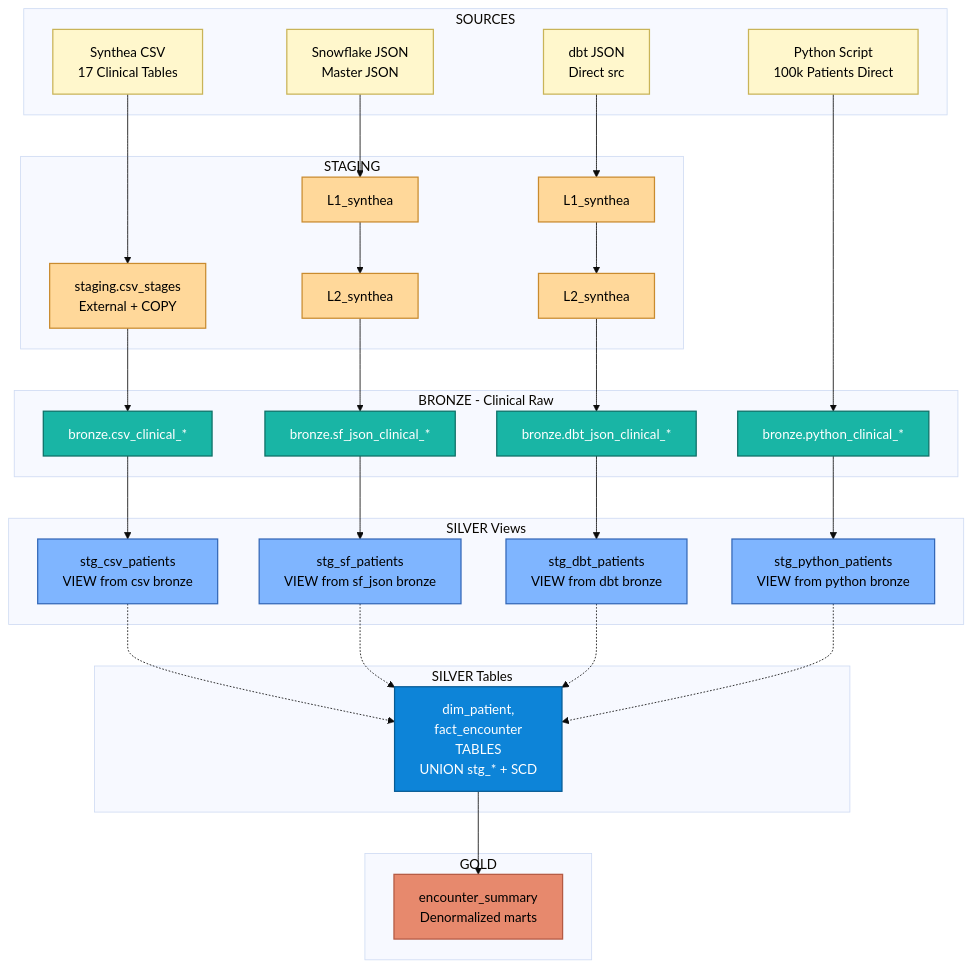
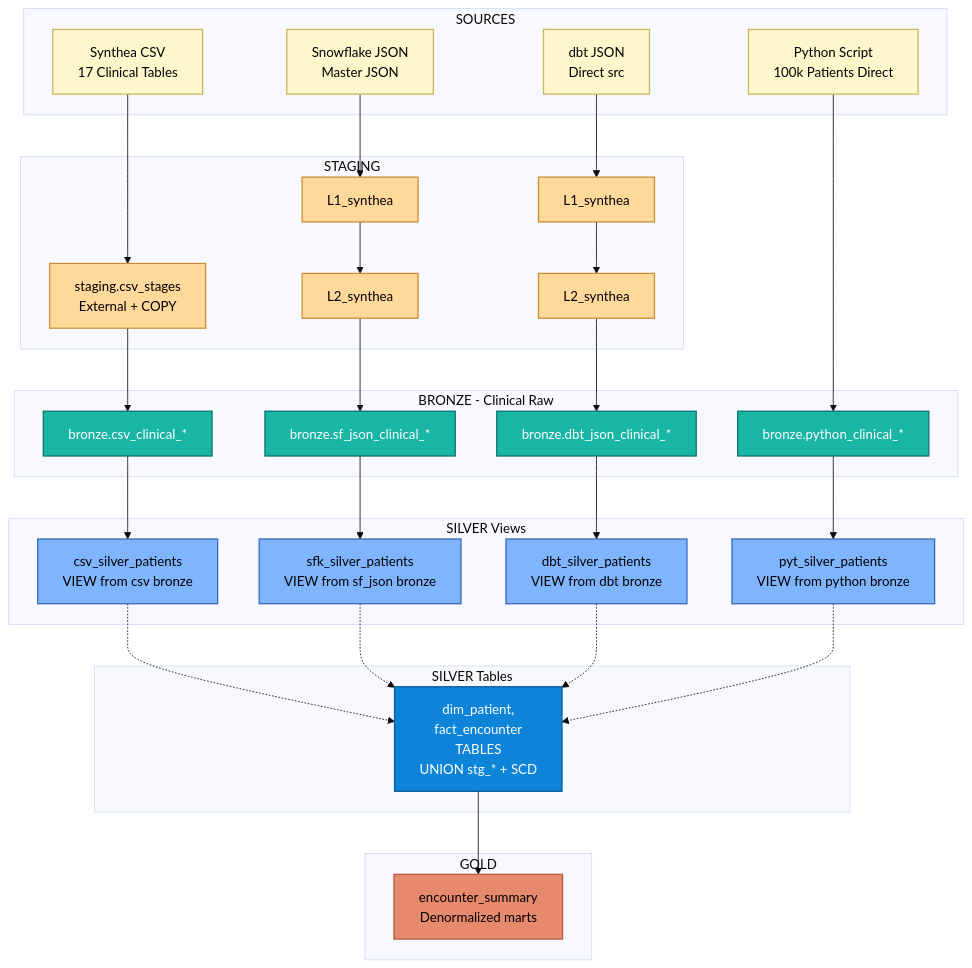
The diagram in README.md (IVRAMA/synthea-healthcare-data-engineering), drawn with Mermaid (base theme) before and after one commit.

Commit message:
Update SILVER Views in README.md

````diff
--- a/README.md
+++ b/README.md
@@ -50,68 +50,68 @@
 ``` mermaid
 flowchart TD
     subgraph SOURCES["SOURCES"]
         CSV_SRC["Synthea CSV<br/>17 Clinical Tables"]
         SFK_SRC["Snowflake JSON<br/>Master JSON"]
         DBT_SRC["dbt JSON<br/>Direct src"]
         PY_SRC["Python Script<br/>100k Patients Direct"]
     end
 
     subgraph STAGING["STAGING"]
         CSV_STAGE["staging.csv_stages<br/>External + COPY"]
         SFK_L1["L1_synthea"]
         SFK_L2["L2_synthea"]
         DBT_L1["L1_synthea"]
         DBT_L2["L2_synthea"]
     end
 
     subgraph BRONZE["BRONZE - Clinical Raw"]
         CSV_BRONZE["bronze.csv_clinical_*"]
         SFK_BRONZE["bronze.sf_json_clinical_*"]
         DBT_BRONZE["bronze.dbt_json_clinical_*"]
         PY_BRONZE["bronze.python_clinical_*"]
     end
 
     subgraph SILVER_VIEWS["SILVER Views"]
-        CSV_SILVER["stg_csv_patients<br/>VIEW from csv bronze"]
-        SFK_SILVER["stg_sf_patients<br/>VIEW from sf_json bronze"]
-        DBT_SILVER["stg_dbt_patients<br/>VIEW from dbt bronze"]
-        PY_SILVER["stg_python_patients<br/>VIEW from python bronze"]
+        CSV_SILVER["csv_silver_patients<br/>VIEW from csv bronze"]
+        SFK_SILVER["sfk_silver_patients<br/>VIEW from sf_json bronze"]
+        DBT_SILVER["dbt_silver_patients<br/>VIEW from dbt bronze"]
+        PY_SILVER["pyt_silver_patients<br/>VIEW from python bronze"]
     end
 
     subgraph SILVER_TABLES["SILVER Tables"]
         MODELS["dim_patient,<br/>fact_encounter<br/>TABLES<br/>UNION stg_* + SCD"]
     end
 
     subgraph GOLD["GOLD"]
         ENCOUNTER["encounter_summary<br/>Denormalized marts"]
     end
 
     CSV_SRC --> CSV_STAGE --> CSV_BRONZE --> CSV_SILVER
     SFK_SRC --> SFK_L1 --> SFK_L2 --> SFK_BRONZE --> SFK_SILVER
     DBT_SRC --> DBT_L1 --> DBT_L2 --> DBT_BRONZE --> DBT_SILVER
     PY_SRC --> PY_BRONZE --> PY_SILVER
 
     CSV_SILVER -.-> MODELS
     SFK_SILVER -.-> MODELS
     DBT_SILVER -.-> MODELS
     PY_SILVER -.-> MODELS
     MODELS --> ENCOUNTER
 
     classDef source fill:#fff7cc,stroke:#c9b458,stroke-width:1.5px,color:#000
     classDef stage fill:#ffd89a,stroke:#c98b2f,stroke-width:1.5px,color:#000
     classDef bronze fill:#19b5a5,stroke:#0d6f66,stroke-width:1.5px,color:#fff
     classDef silver fill:#7fb5ff,stroke:#3367b7,stroke-width:1.5px,color:#000
     classDef model fill:#0d84d8,stroke:#075b94,stroke-width:1.5px,color:#fff
     classDef gold fill:#e7896d,stroke:#b45a43,stroke-width:1.5px,color:#000
     classDef sourceYellow fill:#fff7cc,stroke:#c9b458,stroke-width:1.5px,color:#000
     classDef sourcePlain fill:#f5f5f5,stroke:#999,stroke-width:1.5px,color:#000
     
     class SFK_SRC,DBT_SRC sourceYellow
     class CSV_SRC sourcePlain
     class CSV_SRC,SFK_SRC,DBT_SRC,PY_SRC source
     class CSV_STAGE,SFK_L1,SFK_L2,DBT_L1,DBT_L2 stage
     class CSV_BRONZE,SFK_BRONZE,DBT_BRONZE,PY_BRONZE bronze
     class CSV_SILVER,SFK_SILVER,DBT_SILVER,PY_SILVER silver
     class MODELS model
     class ENCOUNTER gold
 ```
````
